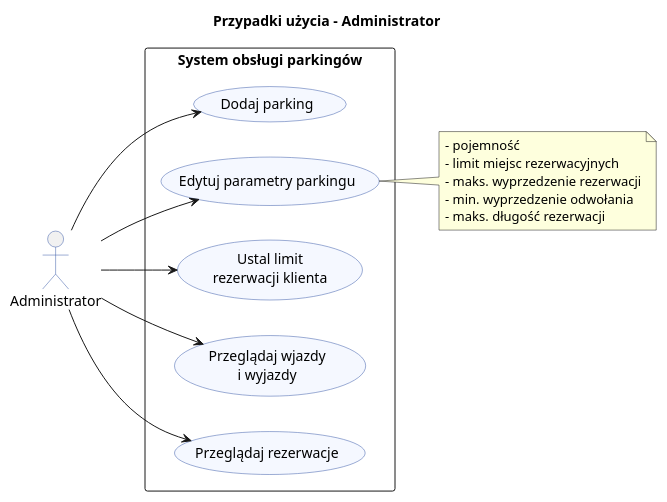
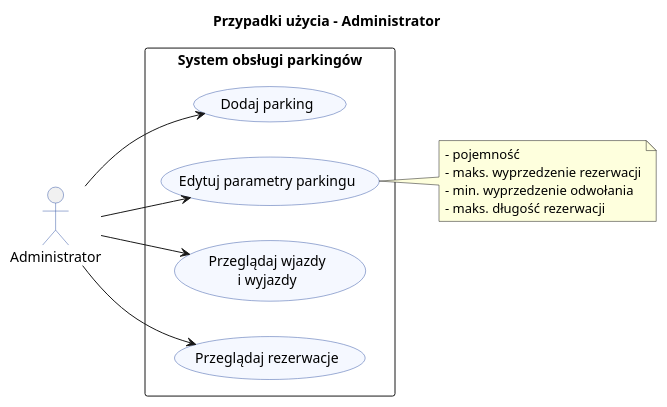
The fifth of 5 diagrams in etap1/uml/przypadki_uzycia.puml (DDanulo/Kompetencyjny-team-1), drawn with PlantUML before and after one commit. The commit also changed 1 other file, not shown here.

Commit message:
Uproszczony diagram przypadków użycia Administratora
Usunięte przypadki spoza modelu dziedzinowego: "Wyłącz parking",
"Ustal zasady naliczania opłat", "Ustal limit rezerwacji klienta"
oraz "limit miejsc rezerwacyjnych" z notatki.

```diff
--- a/etap1/uml/przypadki_uzycia.puml
+++ b/etap1/uml/przypadki_uzycia.puml
@@ -190,35 +190,32 @@
 @startuml UC_Administrator
 left to right direction
 skinparam shadowing false
 skinparam packageStyle rectangle
 skinparam usecase {
   BackgroundColor #F5F8FF
   BorderColor #3B5BA9
 }
 skinparam actorBorderColor #3B5BA9
 title Przypadki użycia – Administrator
 
 actor "Administrator" as Admin
 
 rectangle "System obsługi parkingów" {
   usecase "Dodaj parking" as UC_A1
   usecase "Edytuj parametry parkingu" as UC_A2
-  usecase "Ustal limit\nrezerwacji klienta" as UC_A5
   usecase "Przeglądaj wjazdy\ni wyjazdy" as UC_A6
   usecase "Przeglądaj rezerwacje" as UC_A7
 }
 
 Admin --> UC_A1
 Admin --> UC_A2
-Admin --> UC_A5
 Admin --> UC_A6
 Admin --> UC_A7
 
 note right of UC_A2
   - pojemność
-  - limit miejsc rezerwacyjnych
   - maks. wyprzedzenie rezerwacji
   - min. wyprzedzenie odwołania
   - maks. długość rezerwacji
 end note
 @enduml
```
